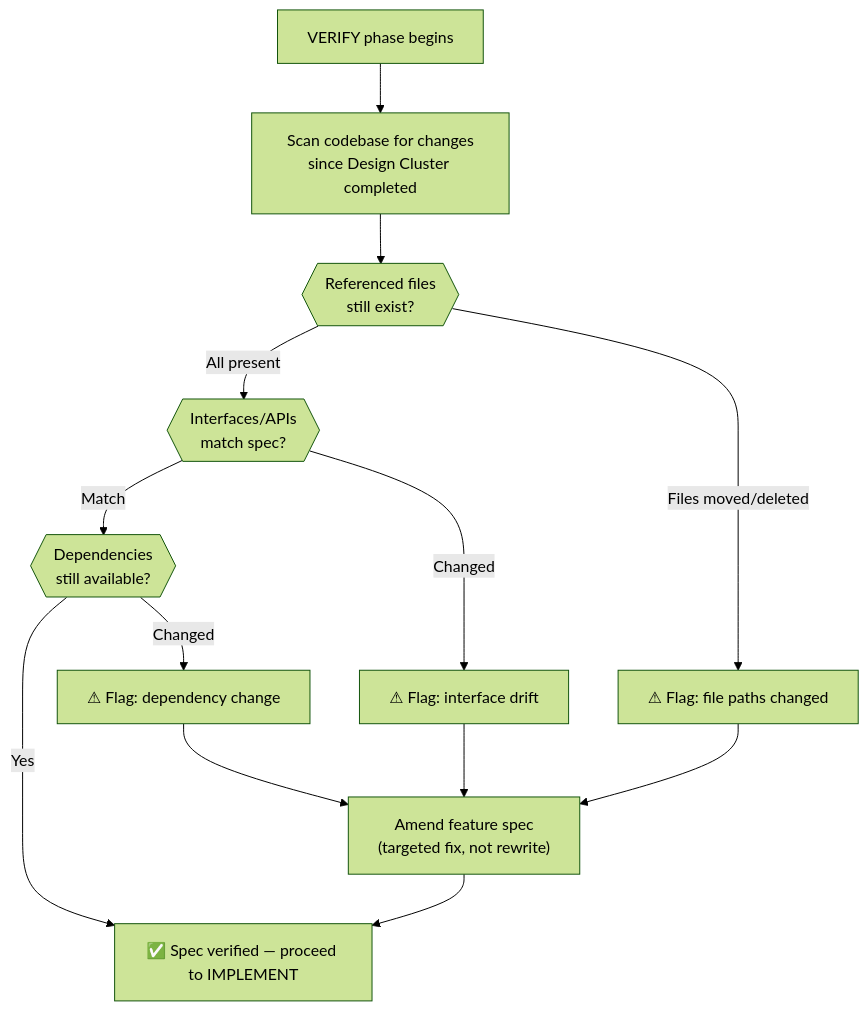
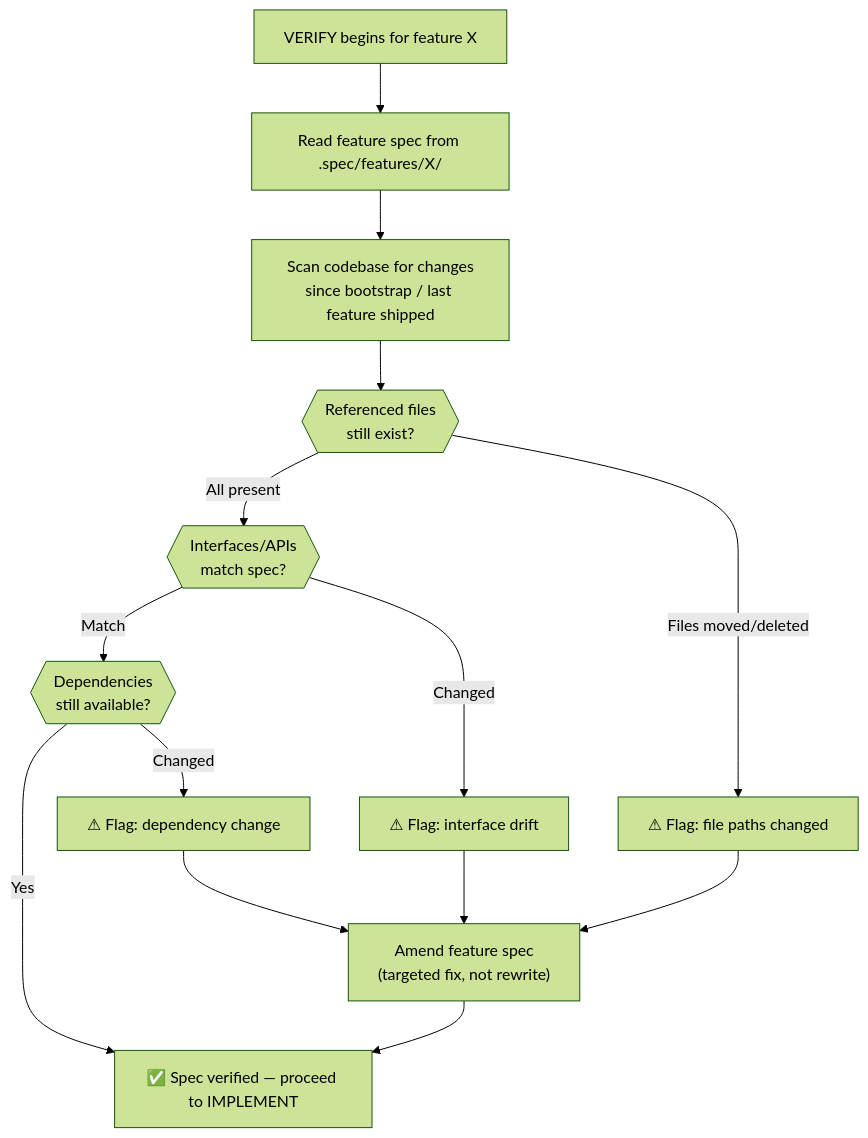
Before and after one commit to LennardZuendorf/vibe: the fourth of 11 diagrams in .spec/product-design.md, drawn with Mermaid (forest theme). The commit also changed other lines of this file and 1 other file, not shown here.

First line of the commit message:
update: Design Cluster as project bootstrap, Implementation Cluster per-feature

````diff
--- a/.spec/product-design.md
+++ b/.spec/product-design.md
@@ -216,21 +247,22 @@
 ```mermaid
 flowchart TD
-    START["VERIFY phase begins"] --> SCAN["Scan codebase for changes<br/>since Design Cluster completed"]
+    START["VERIFY begins for feature X"] --> READ["Read feature spec from .spec/features/X/"]
+    READ --> SCAN["Scan codebase for changes<br/>since bootstrap / last feature shipped"]
 
     SCAN --> CHECK_FILES{{"Referenced files<br/>still exist?"}}
     CHECK_FILES -->|All present| CHECK_INTERFACES
     CHECK_FILES -->|Files moved/deleted| FLAG1["⚠ Flag: file paths changed"]
 
     CHECK_INTERFACES{{"Interfaces/APIs<br/>match spec?"}}
     CHECK_INTERFACES -->|Match| CHECK_DEPS
     CHECK_INTERFACES -->|Changed| FLAG2["⚠ Flag: interface drift"]
 
     CHECK_DEPS{{"Dependencies<br/>still available?"}}
     CHECK_DEPS -->|Yes| PASS["✅ Spec verified — proceed to IMPLEMENT"]
     CHECK_DEPS -->|Changed| FLAG3["⚠ Flag: dependency change"]
 
     FLAG1 --> AMEND["Amend feature spec<br/>(targeted fix, not rewrite)"]
     FLAG2 --> AMEND
     FLAG3 --> AMEND
     AMEND --> PASS
 ```
````
